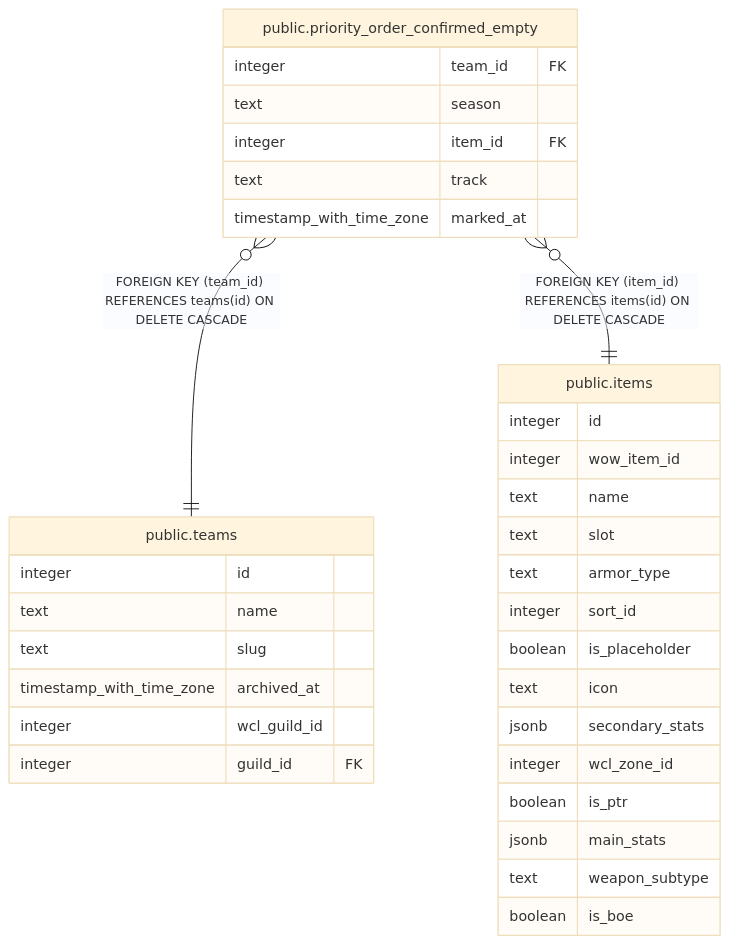
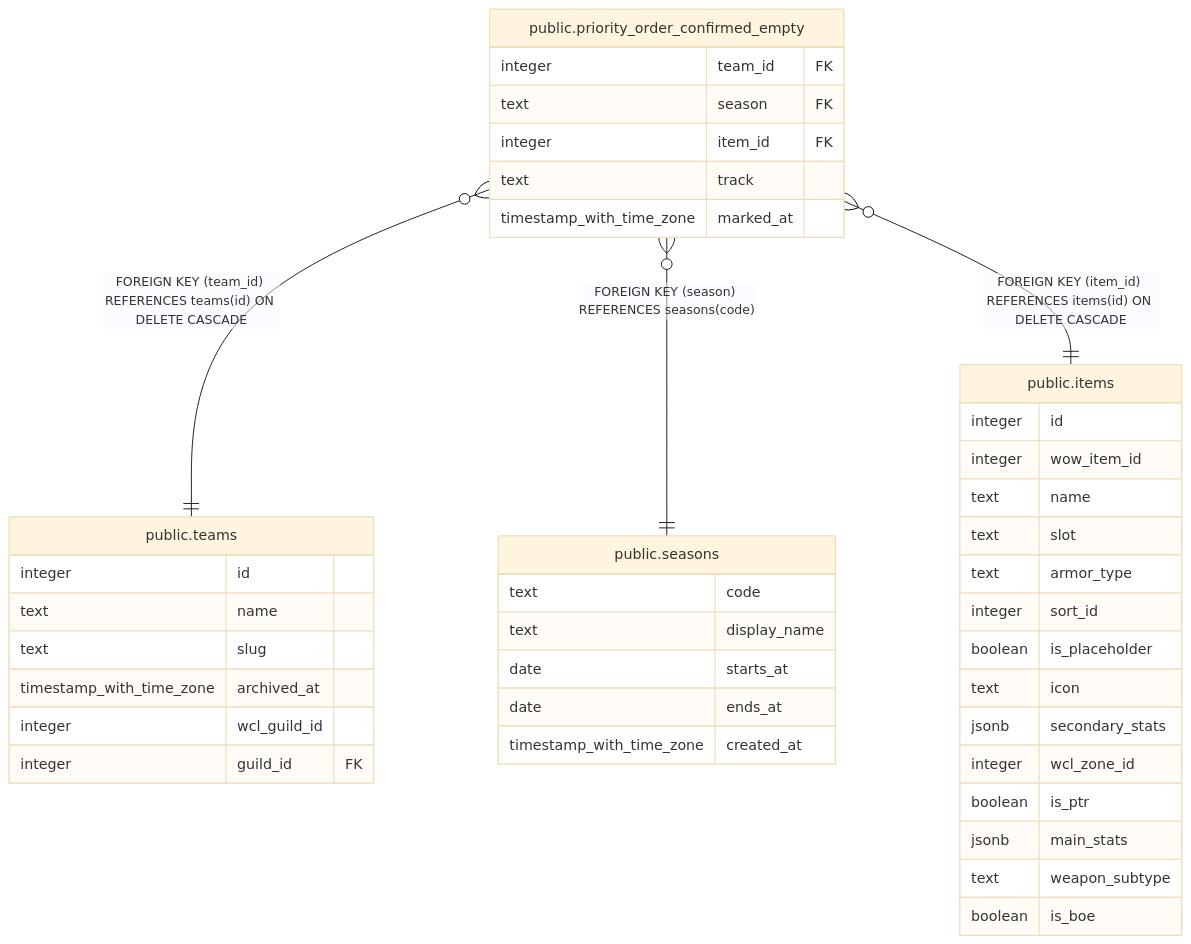
Before and after one commit to katogaming88/WGA-Raid-Hub: the diagram in dbdoc/public.priority_order_confirmed_empty.md, drawn with Mermaid (base theme). The commit also changed other lines of this file and 64 other files, not shown here.

First line of the commit message:
A seasons table, a foreign key on every season column, and the sync keeping the team's stamp (v3.123.0) (#1194)

````diff
--- a/dbdoc/public.priority_order_confirmed_empty.md
+++ b/dbdoc/public.priority_order_confirmed_empty.md
@@ -34,38 +35,46 @@
 ```mermaid
 erDiagram
 
 "public.priority_order_confirmed_empty" }o--|| "public.teams" : "FOREIGN KEY (team_id) REFERENCES teams(id) ON DELETE CASCADE"
+"public.priority_order_confirmed_empty" }o--|| "public.seasons" : "FOREIGN KEY (season) REFERENCES seasons(code)"
 "public.priority_order_confirmed_empty" }o--|| "public.items" : "FOREIGN KEY (item_id) REFERENCES items(id) ON DELETE CASCADE"
 
 "public.priority_order_confirmed_empty" {
   integer team_id FK
-  text season
+  text season FK
   integer item_id FK
   text track
   timestamp_with_time_zone marked_at
 }
 "public.teams" {
   integer id
   text name
   text slug
   timestamp_with_time_zone archived_at
   integer wcl_guild_id
   integer guild_id FK
+}
+"public.seasons" {
+  text code
+  text display_name
+  date starts_at
+  date ends_at
+  timestamp_with_time_zone created_at
 }
 "public.items" {
   integer id
   integer wow_item_id
   text name
   text slot
   text armor_type
   integer sort_id
   boolean is_placeholder
   text icon
   jsonb secondary_stats
   integer wcl_zone_id
   boolean is_ptr
   jsonb main_stats
   text weapon_subtype
   boolean is_boe
 }
 ```
````
